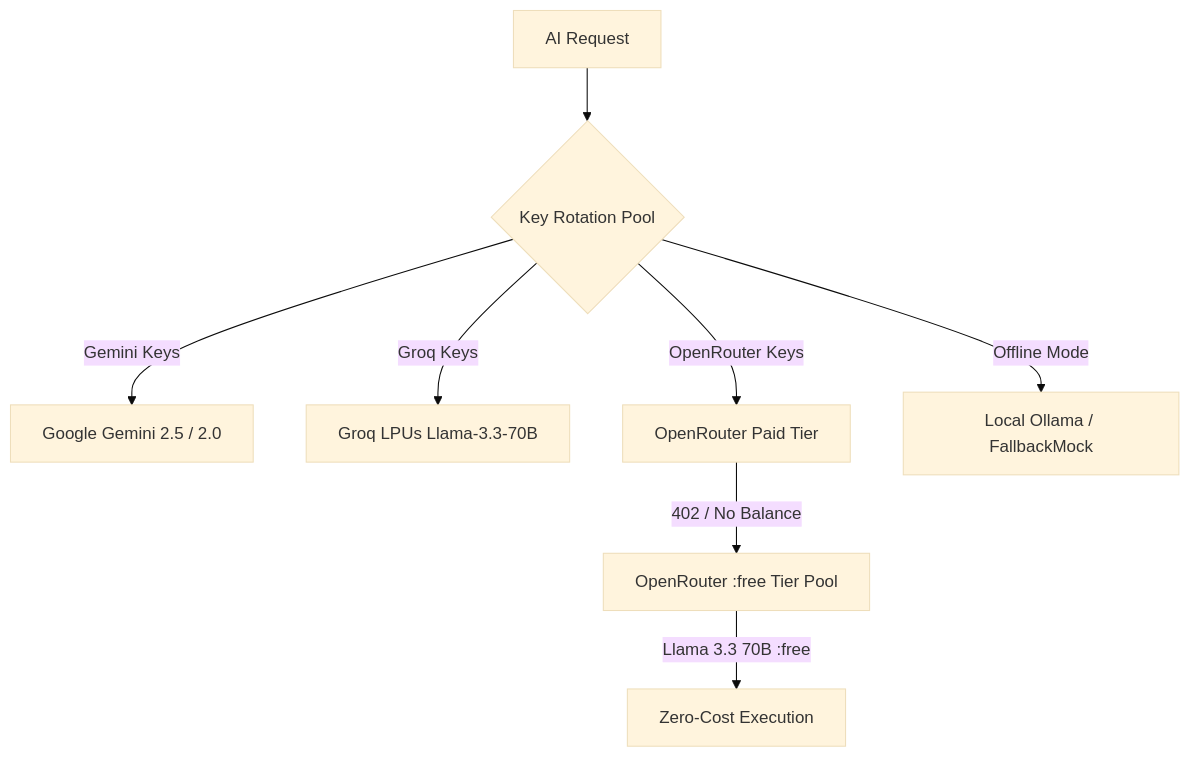
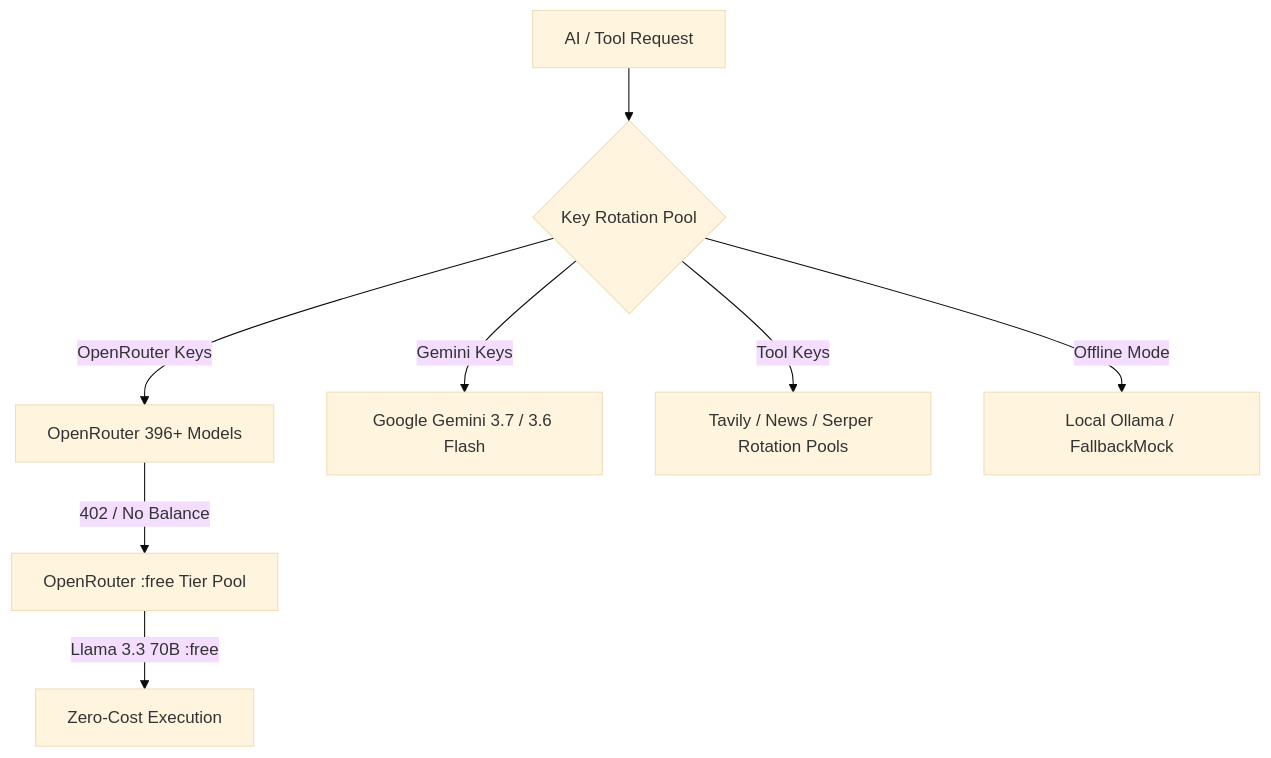
One commit to nextcoder07/ForgeX-Agent-Test changed the second of 2 diagrams in backend/README.md. Above: the diagram before and after it, drawn with Mermaid (base theme). The commit also changed other lines of this file and 20 other files, not shown here.

````diff
--- a/backend/README.md
+++ b/backend/README.md
@@ -90,10 +79,10 @@
 ```mermaid
 graph TD
-    A[AI Request] --> B{Key Rotation Pool}
-    B -->|Gemini Keys| C[Google Gemini 2.5 / 2.0]
-    B -->|Groq Keys| D[Groq LPUs Llama-3.3-70B]
-    B -->|OpenRouter Keys| E[OpenRouter Paid Tier]
-    E -->|402 / No Balance| F[OpenRouter :free Tier Pool]
+    A[AI / Tool Request] --> B{Key Rotation Pool}
+    B -->|OpenRouter Keys| C[OpenRouter 396+ Models]
+    B -->|Gemini Keys| D[Google Gemini 3.7 / 3.6 Flash]
+    B -->|Tool Keys| E[Tavily / News / Serper Rotation Pools]
+    C -->|402 / No Balance| F[OpenRouter :free Tier Pool]
     F -->|Llama 3.3 70B :free| G[Zero-Cost Execution]
     B -->|Offline Mode| H[Local Ollama / FallbackMock]
 ```
````
